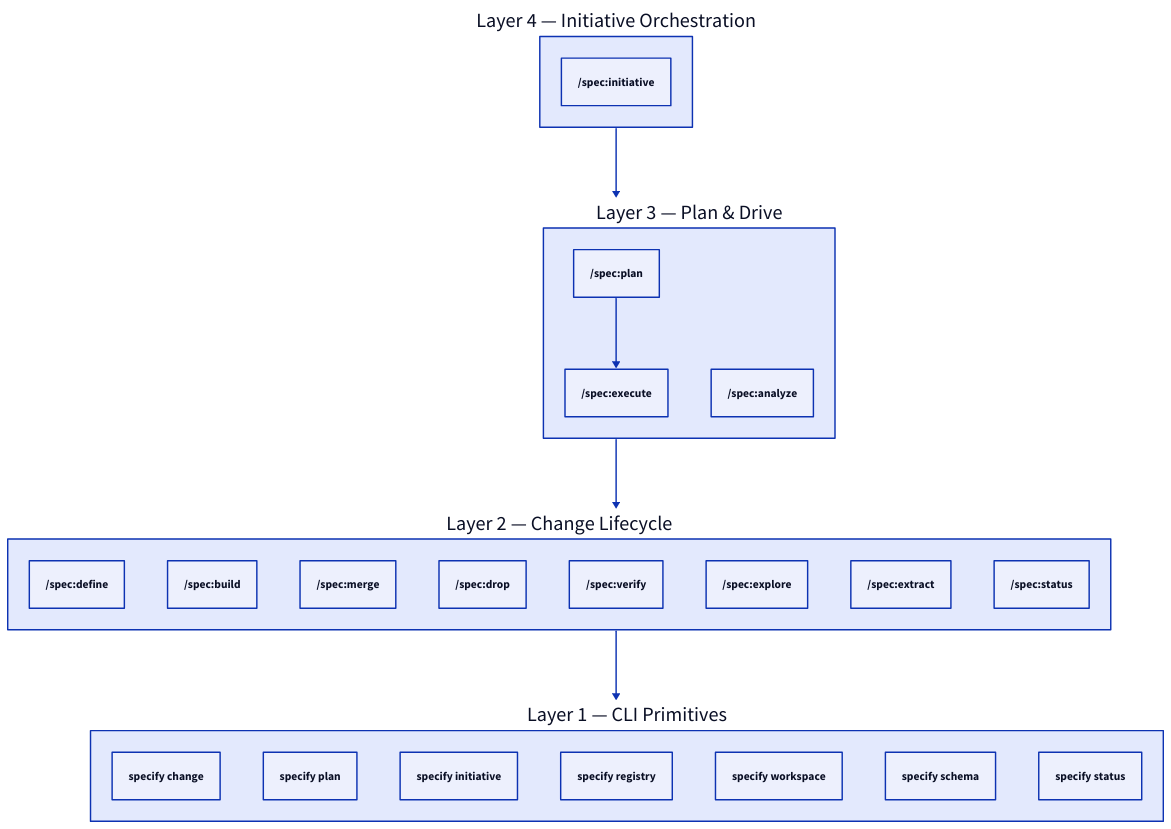
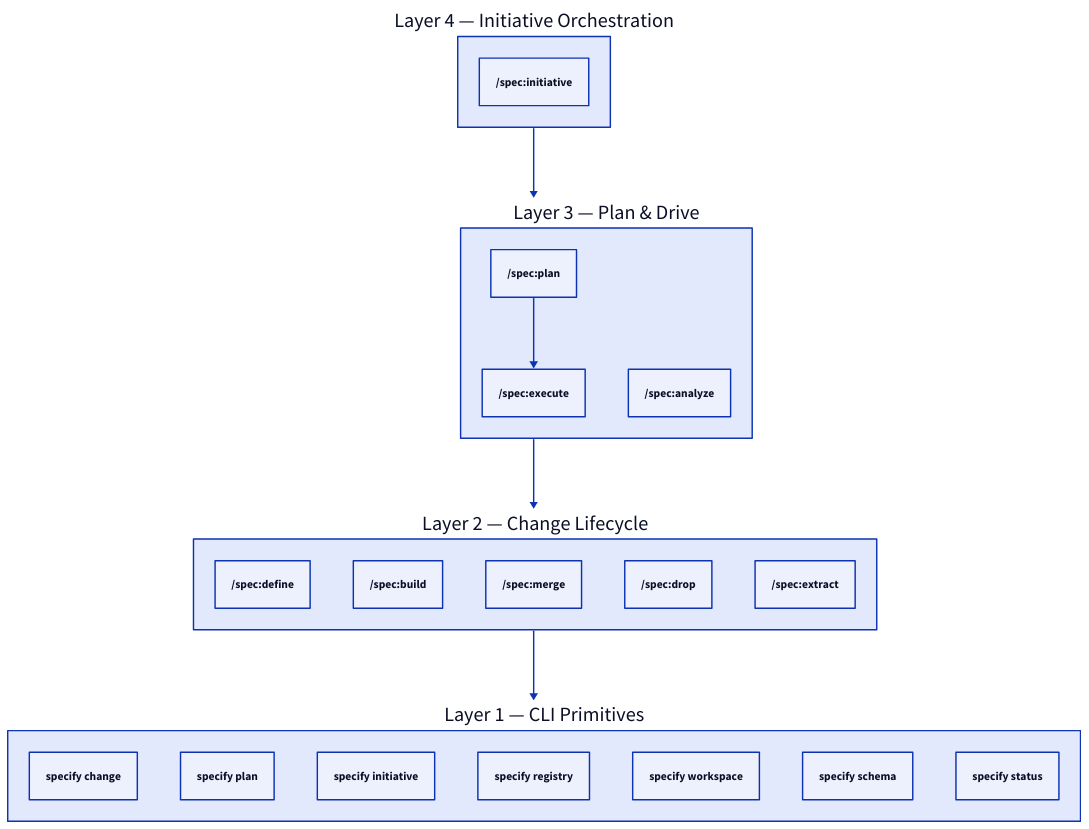
Before and after one commit to augentic/anvil: the diagram in docs/explanation/three-layer-stack.md, drawn with D2. The commit also changed other lines of this file and 51 other files, not shown here.

````diff
--- a/docs/explanation/three-layer-stack.md
+++ b/docs/explanation/three-layer-stack.md
@@ -7,39 +7,36 @@
 ```d2
 direction: down
 
 Layer4: "Layer 4 — Initiative Orchestration" {
   initiative: "/spec:initiative"
 }
 
 Layer3: "Layer 3 — Plan & Drive" {
   plan: "/spec:plan"
   execute: "/spec:execute"
   analyze: "/spec:analyze"
   plan -> execute
 }
 
 Layer2: "Layer 2 — Change Lifecycle" {
   define: "/spec:define"
   build: "/spec:build"
   mergeSkill: "/spec:merge"
   drop: "/spec:drop"
-  verify: "/spec:verify"
-  explore: "/spec:explore"
   extract: "/spec:extract"
-  status: "/spec:status"
 }
 
 Layer1: "Layer 1 — CLI Primitives" {
   changeCli: "specify change"
   planCli: "specify plan"
   initCli: "specify initiative"
   registryCli: "specify registry"
   workspaceCli: "specify workspace"
   schemaCli: "specify schema"
   statusCli: "specify status"
 }
 
 Layer4 -> Layer3
 Layer3 -> Layer2
 Layer2 -> Layer1
 ```
````
